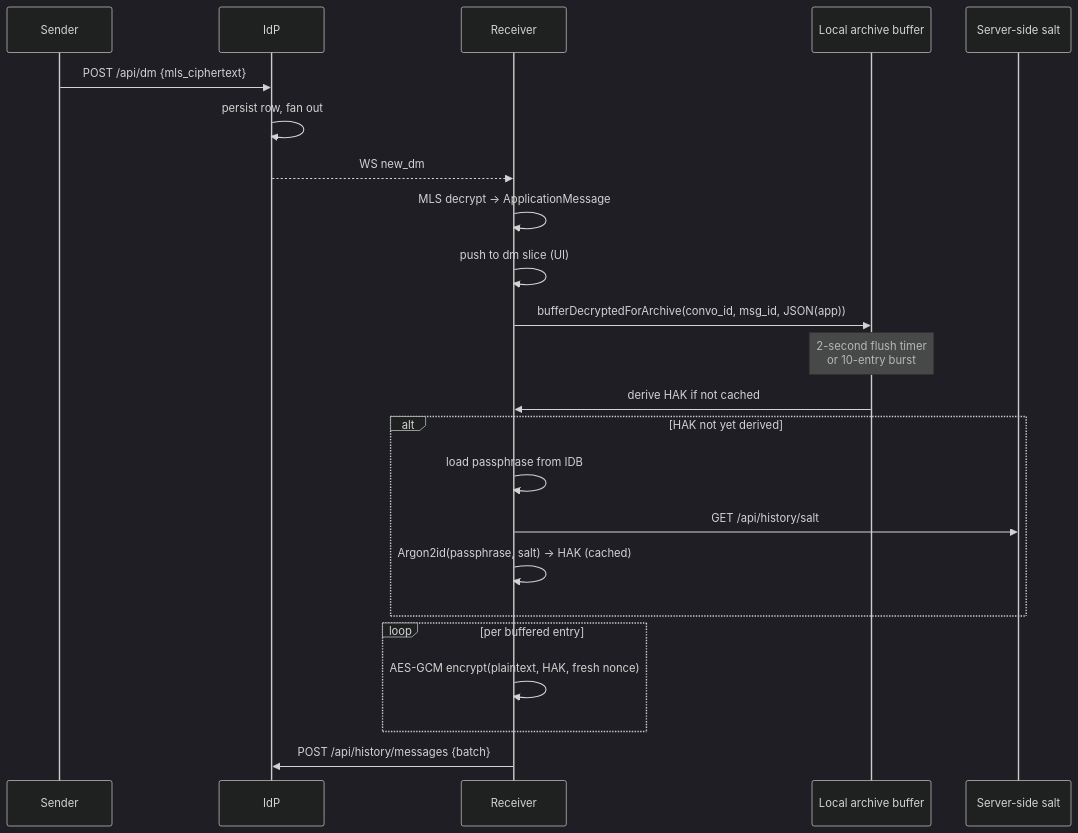
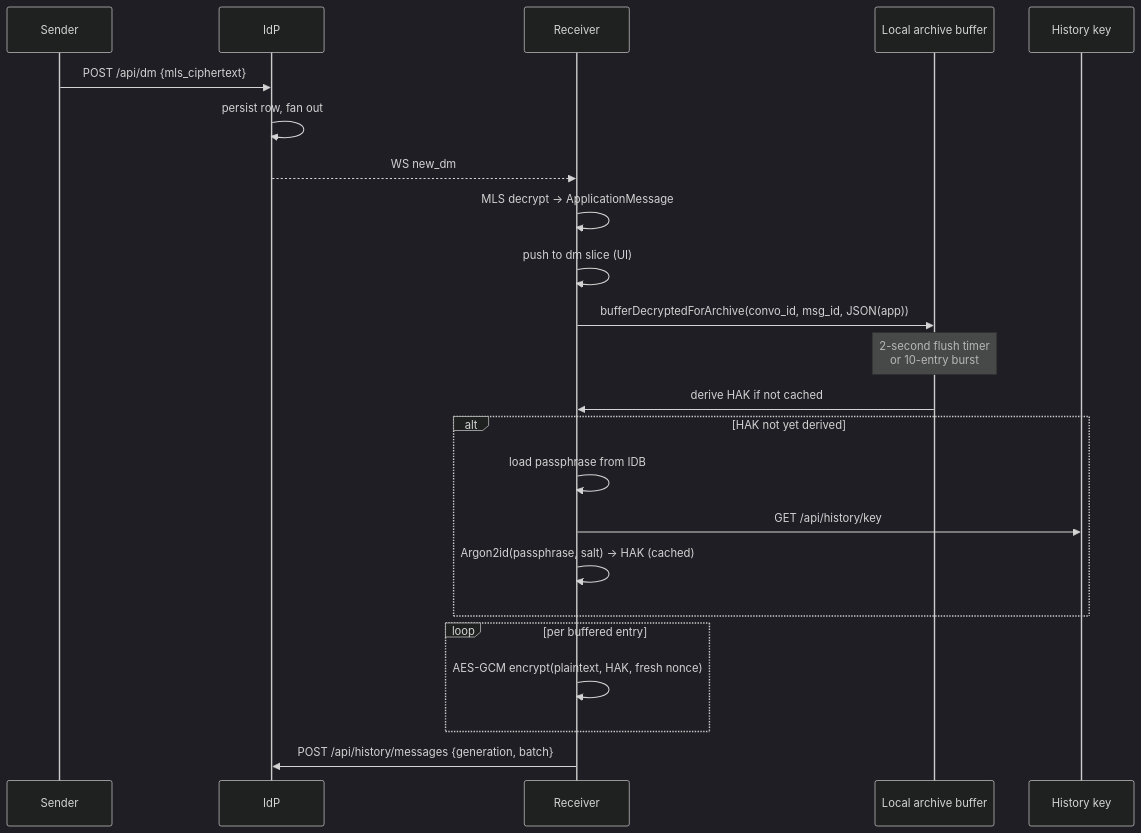
One commit to Pina-i/pinai changed the seventh of 14 diagrams in identity-provider/specs/e2ee.md. Above: the diagram before and after it, drawn with Mermaid (dark theme). The commit also changed other lines of this file and 40 other files, not shown here.

````diff
--- a/identity-provider/specs/e2ee.md
+++ b/identity-provider/specs/e2ee.md
@@ -568,26 +642,26 @@
 ```mermaid
 sequenceDiagram
     participant Sender
     participant IdP
     participant Receiver
     participant Buffer as Local archive buffer
-    participant Salt as Server-side salt
+    participant Key as History key
 
     Sender->>IdP: POST /api/dm {mls_ciphertext}
     IdP->>IdP: persist row, fan out
     IdP-->>Receiver: WS new_dm
     Receiver->>Receiver: MLS decrypt → ApplicationMessage
     Receiver->>Receiver: push to dm slice (UI)
     Receiver->>Buffer: bufferDecryptedForArchive(convo_id, msg_id, JSON(app))
     Note over Buffer: 2-second flush timer<br/>or 10-entry burst
     Buffer->>Receiver: derive HAK if not cached
     alt HAK not yet derived
         Receiver->>Receiver: load passphrase from IDB
-        Receiver->>Salt: GET /api/history/salt
+        Receiver->>Key: GET /api/history/key
         Receiver->>Receiver: Argon2id(passphrase, salt) → HAK (cached)
     end
     loop per buffered entry
         Receiver->>Receiver: AES-GCM encrypt(plaintext, HAK, fresh nonce)
     end
-    Receiver->>IdP: POST /api/history/messages {batch}
+    Receiver->>IdP: POST /api/history/messages {generation, batch}
 ```
````
